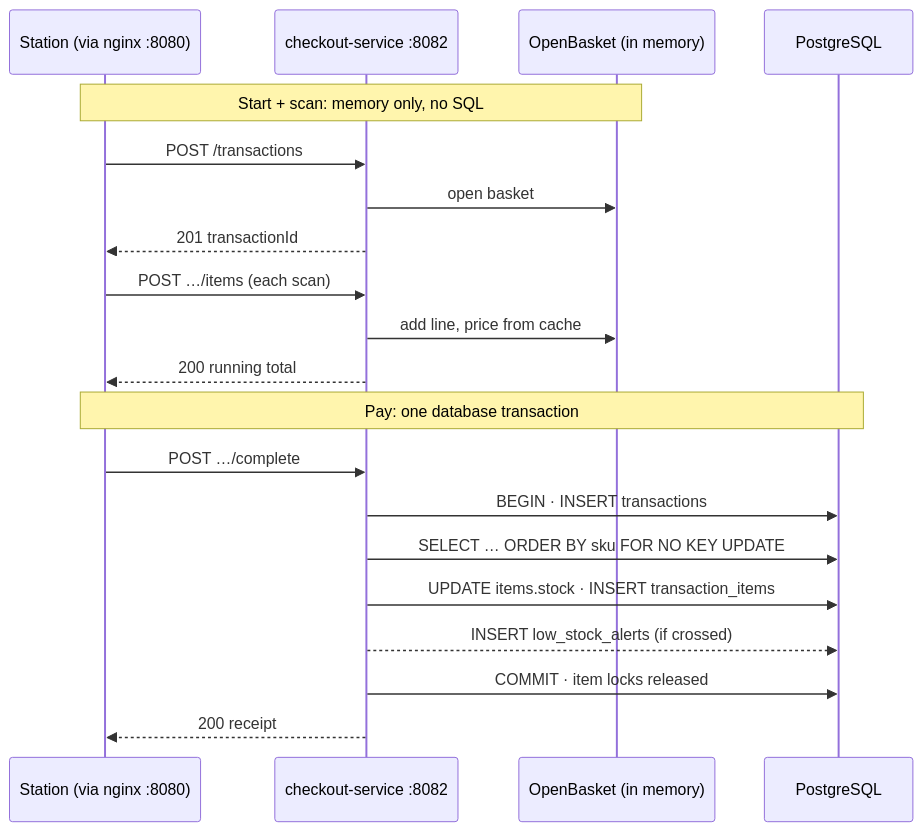
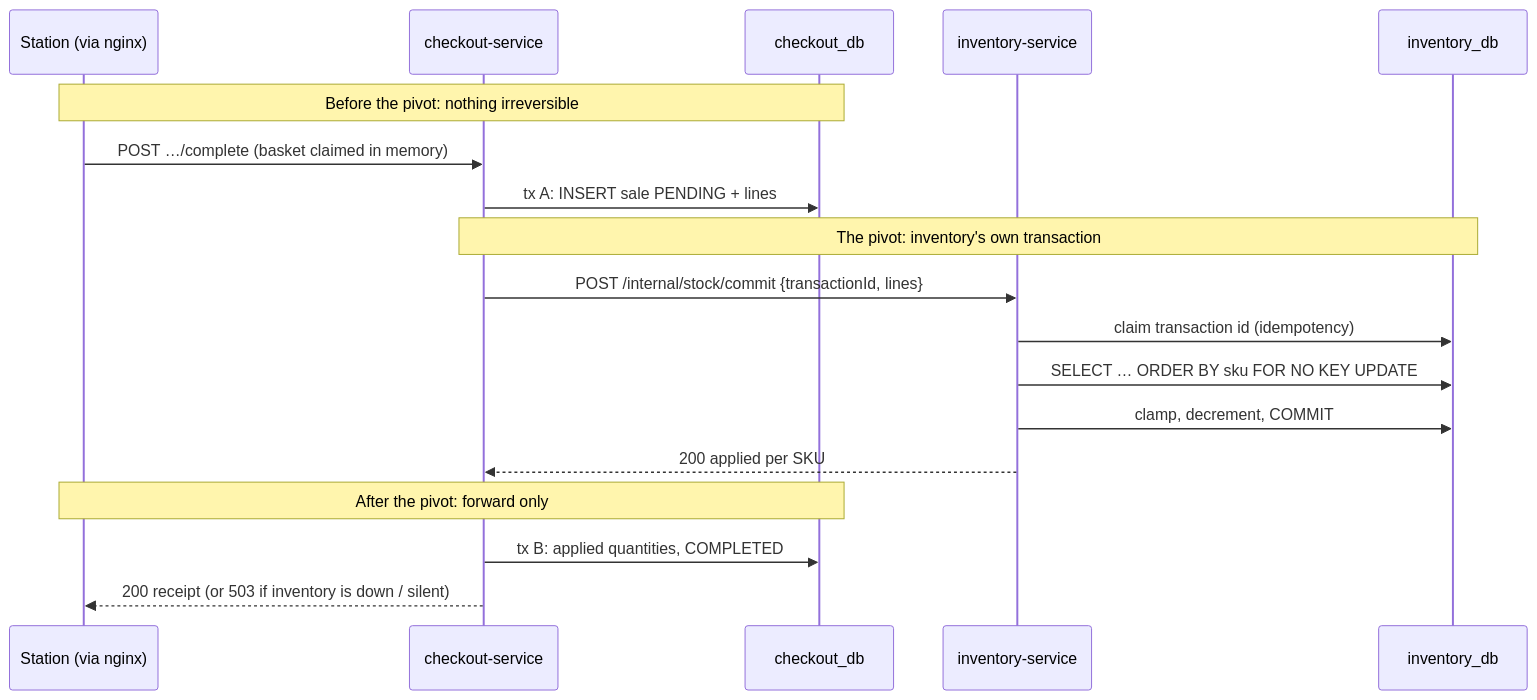
The second of 3 diagrams in README.md (Vatsalya2003/self_checkout_system), drawn with Mermaid before and after one commit. The commit also changed other lines of this file and 21 other files, not shown here.

Commit message:
Document the Week 5 microservices: MICROSERVICES.md, README, architecture and developer guide sections, and diagrams

````diff
--- a/README.md
+++ b/README.md
@@ -117,22 +115,20 @@
 ```mermaid
 sequenceDiagram
-    participant S as Station (via nginx :8080)
-    participant C as checkout-service :8082
-    participant B as OpenBasket (in memory)
-    participant D as PostgreSQL
-    Note over S,B: Start + scan: memory only, no SQL
-    S->>C: POST /transactions
-    C->>B: open basket
-    C-->>S: 201 transactionId
-    S->>C: POST …/items (each scan)
-    C->>B: add line, price from cache
-    C-->>S: 200 running total
-    Note over S,D: Pay: one database transaction
-    S->>C: POST …/complete
-    C->>D: BEGIN · INSERT transactions
-    C->>D: SELECT … ORDER BY sku FOR NO KEY UPDATE
-    C->>D: UPDATE items.stock · INSERT transaction_items
-    C-->>D: INSERT low_stock_alerts (if crossed)
-    C->>D: COMMIT · item locks released
-    C-->>S: 200 receipt
+    participant S as Station (via nginx)
+    participant C as checkout-service
+    participant CD as checkout_db
+    participant I as inventory-service
+    participant ID as inventory_db
+    Note over S,CD: Before the pivot: nothing irreversible
+    S->>C: POST …/complete (basket claimed in memory)
+    C->>CD: tx A: INSERT sale PENDING + lines
+    Note over C,ID: The pivot: inventory's own transaction
+    C->>I: POST /internal/stock/commit {transactionId, lines}
+    I->>ID: claim transaction id (idempotency)
+    I->>ID: SELECT … ORDER BY sku FOR NO KEY UPDATE
+    I->>ID: clamp, decrement, COMMIT
+    I-->>C: 200 applied per SKU
+    Note over S,CD: After the pivot: forward only
+    C->>CD: tx B: applied quantities, COMPLETED
+    C-->>S: 200 receipt (or 503 if inventory is down / silent)
 ```
````
